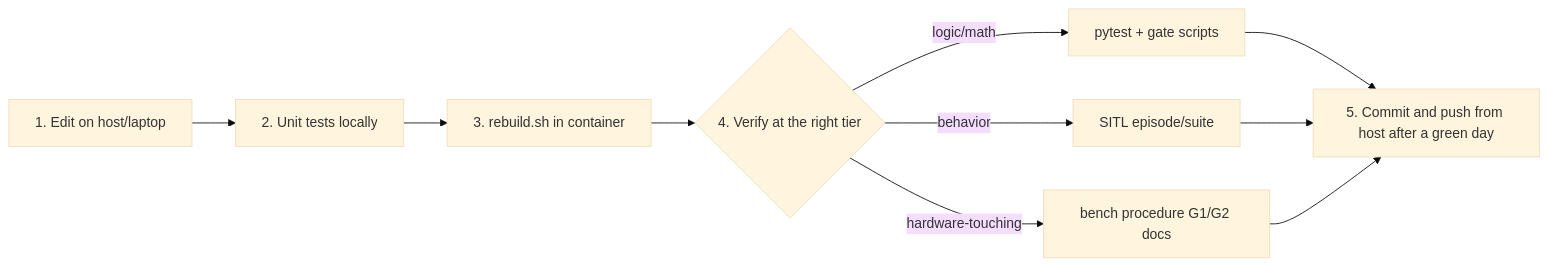
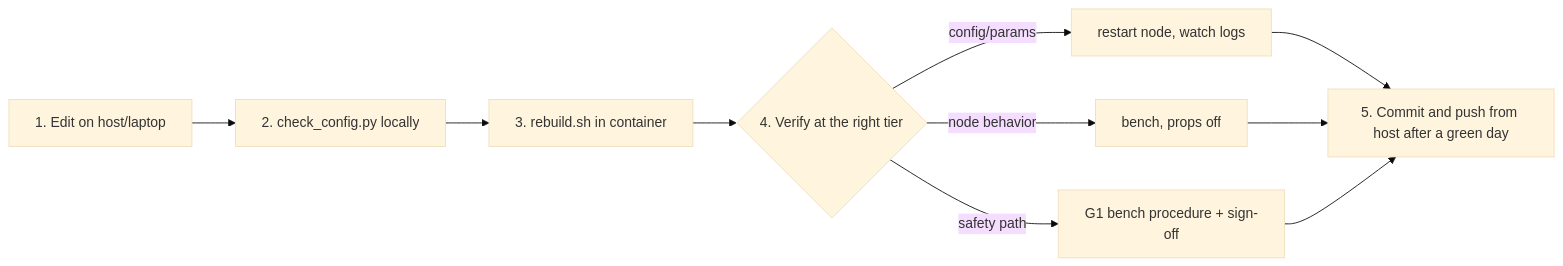
Before and after one commit to InspirationRobotics/rx26_asv: the diagram in docs/SETUP_GUIDE.md, drawn with Mermaid (base theme). The commit also changed other lines of this file and 119 other files, not shown here.

````diff
--- a/docs/SETUP_GUIDE.md
+++ b/docs/SETUP_GUIDE.md
@@ -129,10 +108,10 @@
 ```mermaid
 flowchart LR
-    E[1. Edit on host/laptop] --> T[2. Unit tests locally]
+    E[1. Edit on host/laptop] --> T[2. check_config.py locally]
     T --> R[3. rebuild.sh in container]
     R --> V{4. Verify at the right tier}
-    V -->|logic/math| VU[pytest + gate scripts]
-    V -->|behavior| VS[SITL episode/suite]
-    V -->|hardware-touching| VB[bench procedure G1/G2 docs]
-    VU & VS & VB --> G[5. Commit and push from host after a green day]
+    V -->|config/params| VP[restart node, watch logs]
+    V -->|node behavior| VB[bench, props off]
+    V -->|safety path| VG[G1 bench procedure + sign-off]
+    VP & VB & VG --> G[5. Commit and push from host after a green day]
 ```
````
